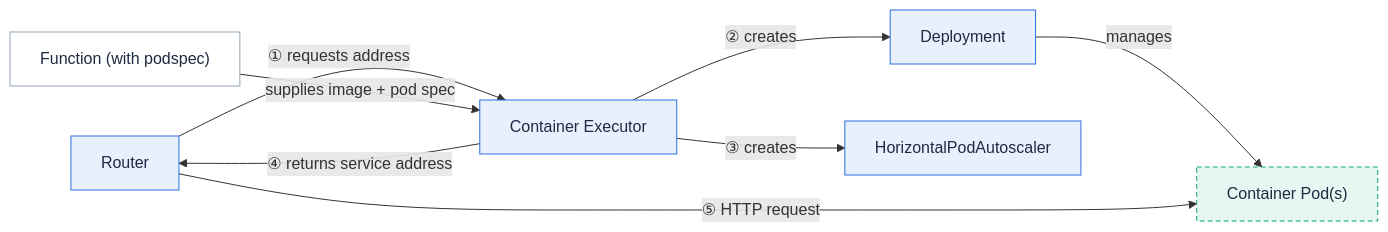
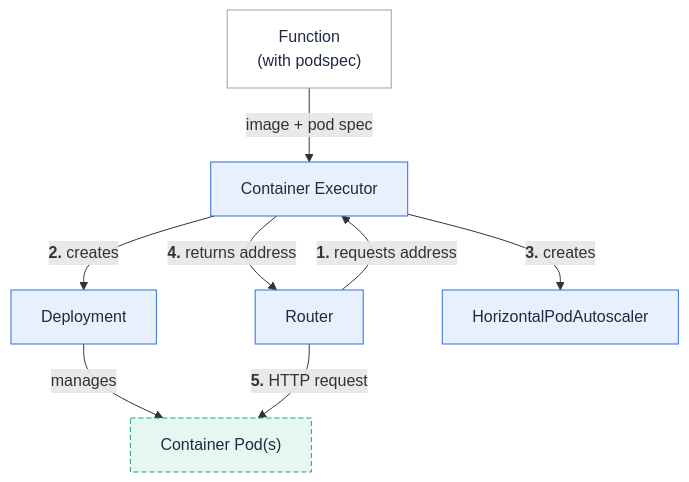
One commit to fission/fission.io changed the third of 4 diagrams in content/en/docs/concepts/executors.md. Above: the diagram before and after it, drawn with Mermaid. The commit also changed other lines of this file and 23 other files, not shown here.

First line of the commit message:
Make diagrams readable inline: compact TB layouts, bold crimson step numbers

````diff
--- a/content/en/docs/concepts/executors.md
+++ b/content/en/docs/concepts/executors.md
@@ -88,14 +88,14 @@
 ```mermaid
-flowchart LR
-  router["Router"]:::fission -->|"① requests address"| cn["Container Executor"]:::fission
-  fn["Function (with podspec)"]:::user -->|"supplies image + pod spec"| cn
-  cn -->|"② creates"| deploy["Deployment"]:::fission
-  cn -->|"③ creates"| hpa["HorizontalPodAutoscaler"]:::fission
+flowchart TB
+  fn["Function<br/>(with podspec)"]:::user -->|"image + pod spec"| cn
+  router["Router"]:::fission -->|"<b>1.</b> requests address"| cn["Container Executor"]:::fission
+  cn -->|"<b>2.</b> creates"| deploy["Deployment"]:::fission
+  cn -->|"<b>3.</b> creates"| hpa["HorizontalPodAutoscaler"]:::fission
   deploy -->|"manages"| fnPod["Container Pod(s)"]:::pod
-  cn -->|"④ returns service address"| router
-  router -->|"⑤ HTTP request"| fnPod
+  cn -->|"<b>4.</b> returns address"| router
+  router -->|"<b>5.</b> HTTP request"| fnPod
 
   classDef user fill:#ffffff,stroke:#94a3b8,color:#1f2a43
   classDef fission fill:#e8f0fe,stroke:#2d70de,color:#1f2a43
   classDef pod fill:#e6f7f1,stroke:#11a37f,color:#1f2a43,stroke-dasharray:5 3
 ```
````
